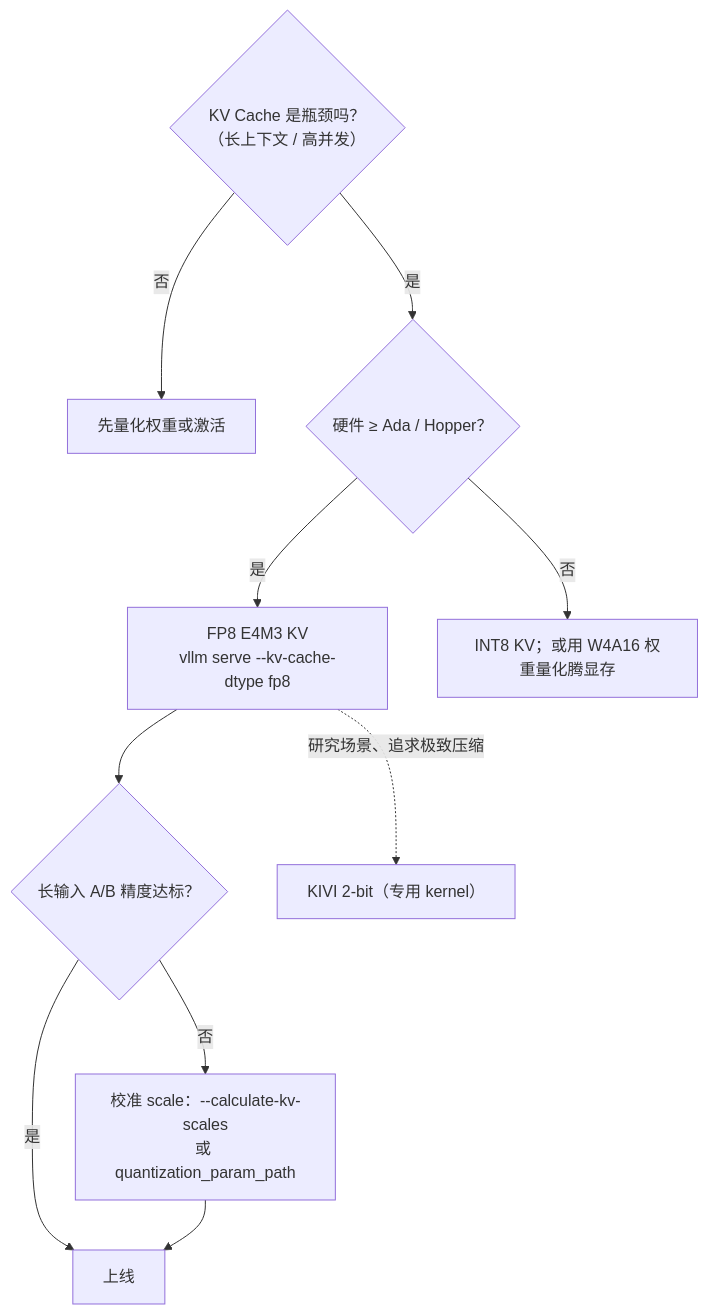
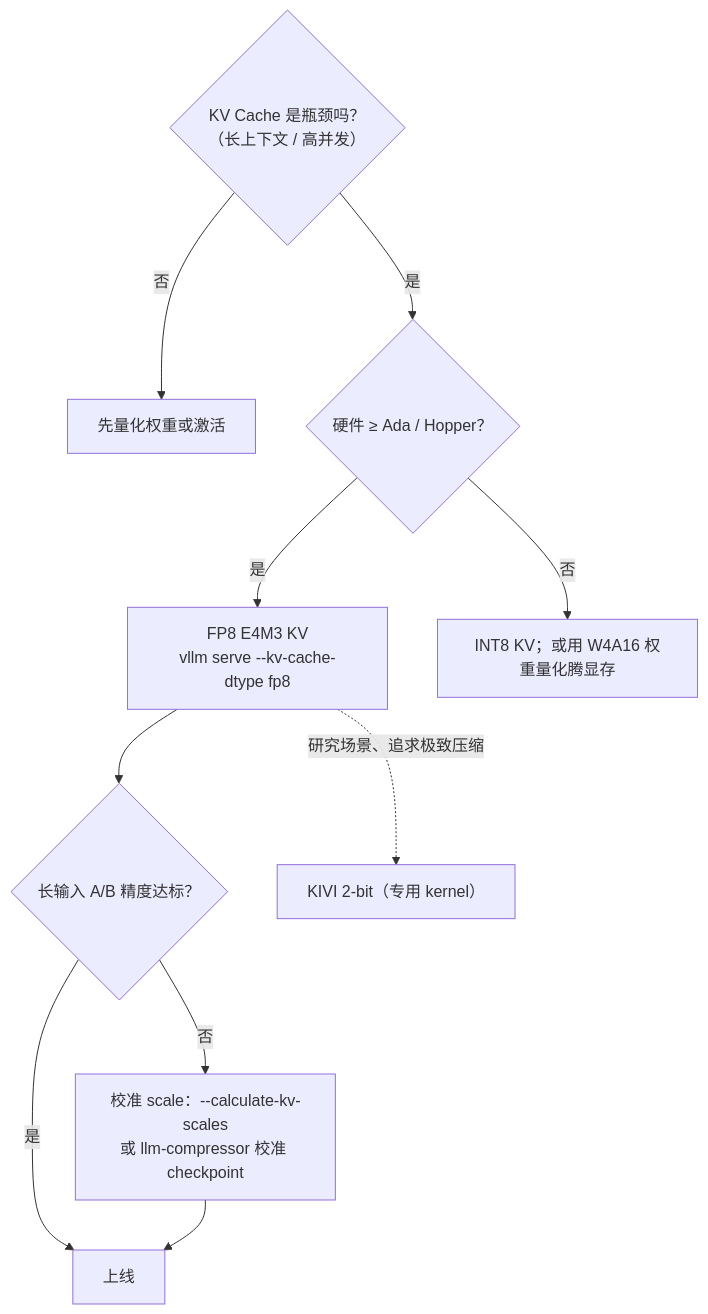
One commit to srtr42t2-max/blog changed the second of 2 diagrams in src/content/posts/quant-44-kv-cache-kivi-fp8/index.md. Above: the diagram before and after it, drawn with Mermaid. The commit also changed other lines of this file and 5 other files, not shown here.

````diff
--- a/src/content/posts/quant-44-kv-cache-kivi-fp8/index.md
+++ b/src/content/posts/quant-44-kv-cache-kivi-fp8/index.md
@@ -323,12 +323,12 @@
 ```mermaid
 flowchart TD
     A{"KV Cache 是瓶颈吗？<br/>（长上下文 / 高并发）"} -->|否| B["先量化权重或激活"]
     A -->|是| C{"硬件 ≥ Ada / Hopper？"}
     C -->|是| D["FP8 E4M3 KV<br/>vllm serve --kv-cache-dtype fp8"]
     C -->|否| E["INT8 KV；或用 W4A16 权重量化腾显存"]
     D --> F{"长输入 A/B 精度达标？"}
-    F -->|否| G["校准 scale：--calculate-kv-scales<br/>或 quantization_param_path"]
+    F -->|否| G["校准 scale：--calculate-kv-scales<br/>或 llm-compressor 校准 checkpoint"]
     F -->|是| H["上线"]
     G --> H
     D -. "研究场景、追求极致压缩" .-> I["KIVI 2-bit（专用 kernel）"]
 ```
````
